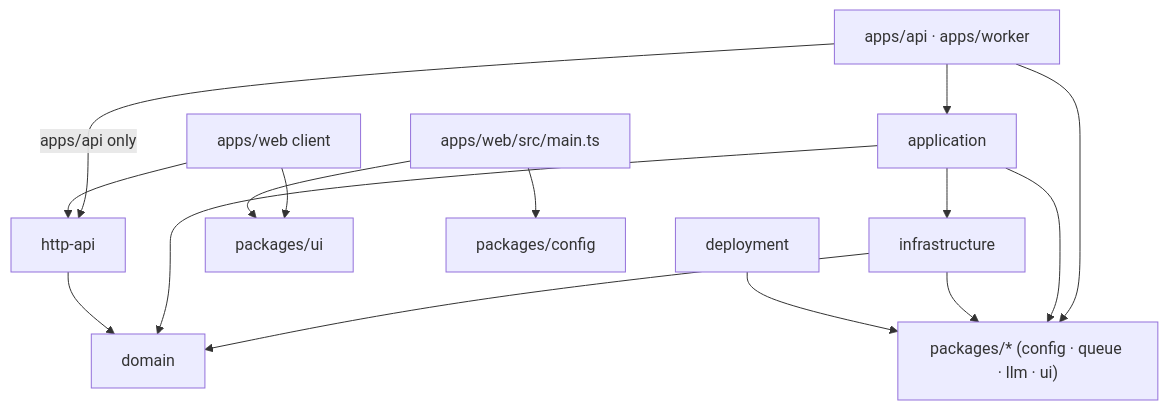
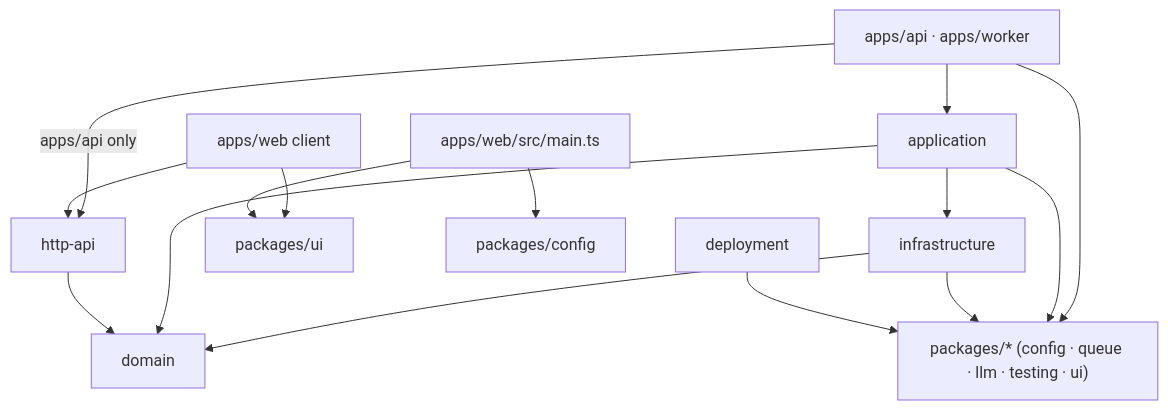
One commit to khotei/app-template changed the diagram in docs/knowledge/architecture.md. Above: the diagram before and after it, drawn with Mermaid. The commit also changed other lines of this file and 24 other files, not shown here.

````diff
--- a/docs/knowledge/architecture.md
+++ b/docs/knowledge/architecture.md
@@ -9,17 +9,17 @@
 ```mermaid
 graph TD
   apps["apps/api · apps/worker"] --> application
   application --> infrastructure
   infrastructure --> domain
   application --> domain
   apps -->|"apps/api only"| httpApi["http-api"]
   httpApi --> domain
-  apps --> packages["packages/* (config · queue · llm · ui)"]
+  apps --> packages["packages/* (config · queue · llm · testing · ui)"]
   application --> packages
   infrastructure --> packages
   web["apps/web client"] --> httpApi
   web --> ui["packages/ui"]
   webMain["apps/web/src/main.ts"] --> ui
   webMain --> config["packages/config"]
   deployment --> packages
 ```
````
